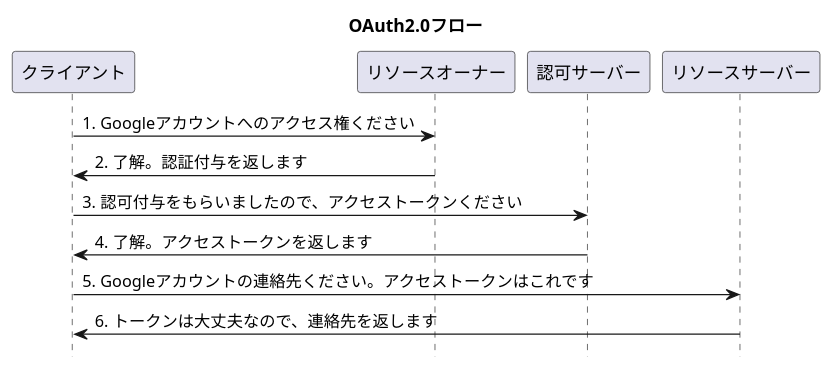
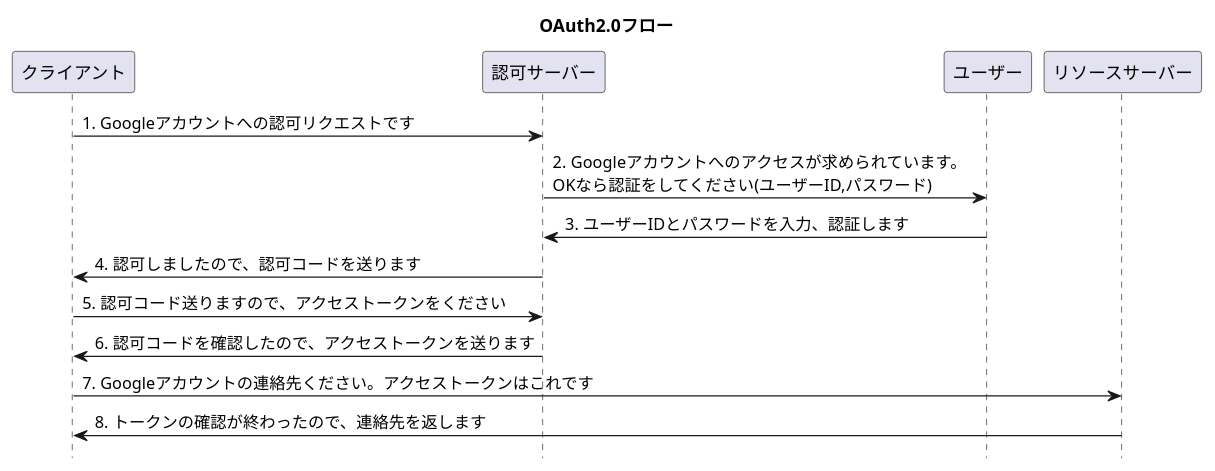
Before and after one commit to supaiku2452/blog: the diagram in content/blog/oauth2-oidc/rfc6749_oauth_flow.puml, drawn with PlantUML. The commit also changed 3 other files, not shown here.

```diff
--- a/content/blog/oauth2-oidc/rfc6749_oauth_flow.puml
+++ b/content/blog/oauth2-oidc/rfc6749_oauth_flow.puml
@@ -1,11 +1,13 @@
-@startuml name
+@startuml rfc6749_oauth_flow
 title OAuth2.0フロー
 hide footbox
 
-クライアント -> リソースオーナー: 1. Googleアカウントへのアクセス権ください
-リソースオーナー -> クライアント: 2. 了解。認証付与を返します
-クライアント -> 認可サーバー: 3. 認可付与をもらいましたので、アクセストークンください
-認可サーバー -> クライアント: 4. 了解。アクセストークンを返します
-クライアント -> リソースサーバー: 5. Googleアカウントの連絡先ください。アクセストークンはこれです
-リソースサーバー -> クライアント: 6. トークンは大丈夫なので、連絡先を返します
+クライアント -> 認可サーバー: 1. Googleアカウントへの認可リクエストです
+認可サーバー -> ユーザー: 2. Googleアカウントへのアクセスが求められています。\nOKなら認証をしてください(ユーザーID,パスワード)
+ユーザー -> 認可サーバー: 3. ユーザーIDとパスワードを入力、認証します
+認可サーバー -> クライアント: 4. 認可しましたので、認可コードを送ります
+クライアント -> 認可サーバー: 5. 認可コード送りますので、アクセストークンをください
+認可サーバー -> クライアント: 6. 認可コードを確認したので、アクセストークンを送ります
+クライアント -> リソースサーバー: 7. Googleアカウントの連絡先ください。アクセストークンはこれです
+リソースサーバー -> クライアント: 8. トークンの確認が終わったので、連絡先を返します
 @enduml
```
